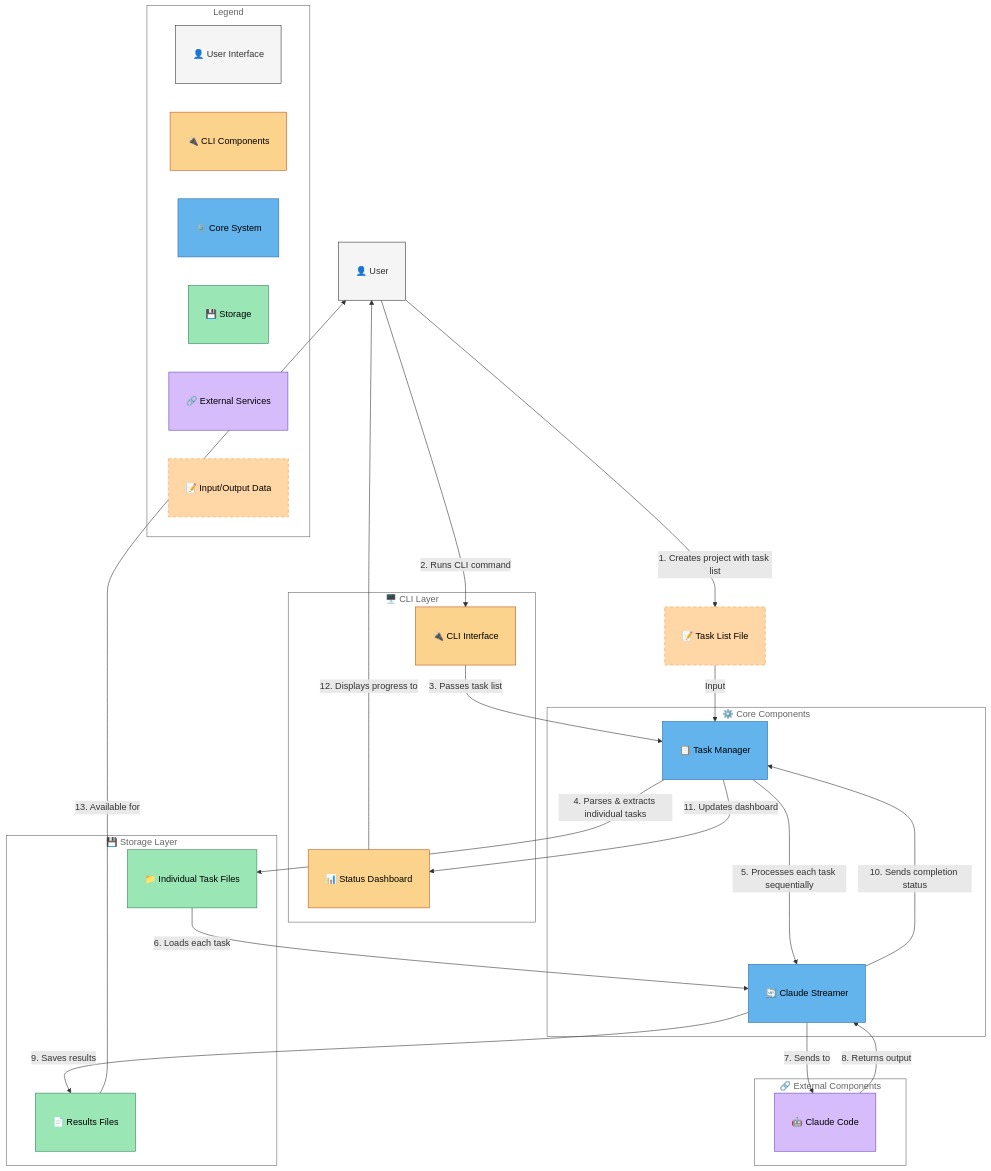
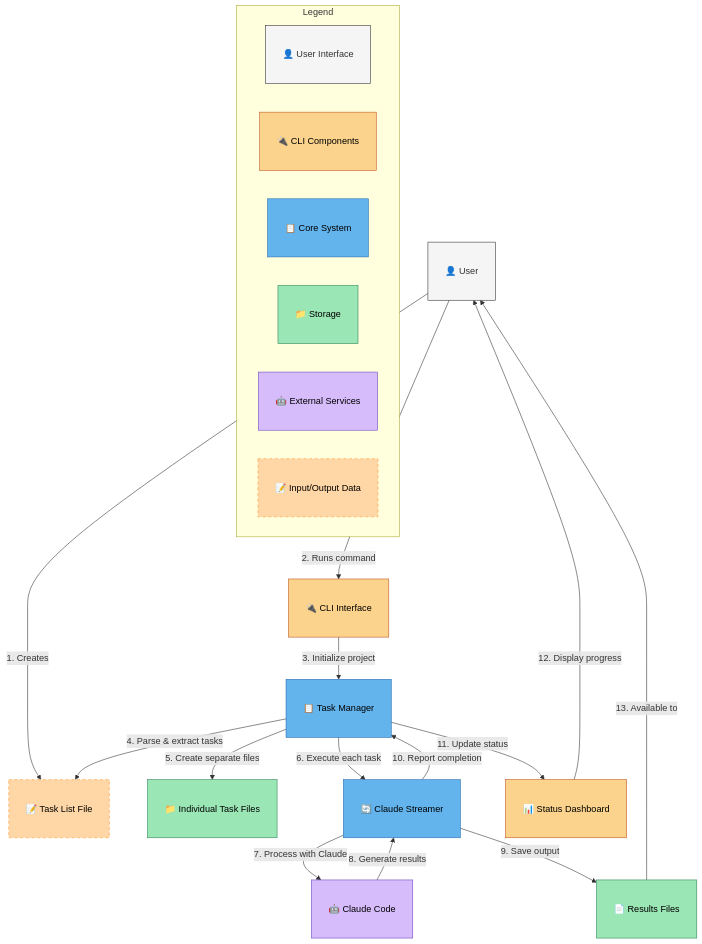
One commit to rzp-labs/claude-task-runner changed the diagram in README.md. Above: the diagram before and after it, drawn with Mermaid. The commit also changed 3 other files, not shown here.

````diff
--- a/README.md
+++ b/README.md
@@ -31,68 +31,46 @@
 ```mermaid
-flowchart TD
-    %% Define nodes with better contrast for light/dark modes - grouped by function
+flowchart TB
+    %% Define node styles
     classDef userNode fill:#f5f5f5,stroke:#333,color:#333,margin:15px
     classDef interfaceNode fill:#FBD38D,stroke:#C05621,color:#000,margin:15px
     classDef coreNode fill:#63B3ED,stroke:#2B6CB0,color:#000,margin:15px
     classDef storageNode fill:#9AE6B4,stroke:#2F855A,color:#000,margin:15px
     classDef externalNode fill:#D6BCFA,stroke:#6B46C1,color:#000,margin:15px
-    classDef containerNode fill:transparent,stroke:#666,color:#666
-    classDef legendNode fill:transparent,stroke:transparent,color:#666
     classDef dataNode fill:#FFD6A5,stroke:#FF9A3C,color:#000,margin:15px,stroke-dasharray: 5 5
-
-    %% Main components with emojis and extra padding using non-breaking spaces
-    User["👤   User   "]:::userNode
-    TaskListFile["📝   Task List File   "]:::dataNode
     
-    subgraph CLI["🖥️  CLI Layer  "]
-        CLI_Interface["🔌   CLI Interface   "]:::interfaceNode
-        Status_Dashboard["📊   Status Dashboard   "]:::interfaceNode
+    %% Main user journey flow - simple and clear
+    User["👤 User"]:::userNode
+    TaskList["📝 Task List File"]:::dataNode
+    CLI["🔌 CLI Interface"]:::interfaceNode
+    TaskManager["📋 Task Manager"]:::coreNode
+    TaskFiles["📁 Individual Task Files"]:::storageNode
+    ClaudeStreamer["🔄 Claude Streamer"]:::coreNode
+    ClaudeCode["🤖 Claude Code"]:::externalNode
+    ResultsFiles["📄 Results Files"]:::storageNode
+    Dashboard["📊 Status Dashboard"]:::interfaceNode
+    
+    %% The linear journey
+    User -->|"1. Creates"| TaskList
+    User -->|"2. Runs command"| CLI
+    CLI -->|"3. Initialize project"| TaskManager
+    TaskManager -->|"4. Parse & extract tasks"| TaskList
+    TaskManager -->|"5. Create separate files"| TaskFiles
+    TaskManager -->|"6. Execute each task"| ClaudeStreamer
+    ClaudeStreamer -->|"7. Process with Claude"| ClaudeCode
+    ClaudeCode -->|"8. Generate results"| ClaudeStreamer
+    ClaudeStreamer -->|"9. Save output"| ResultsFiles
+    ClaudeStreamer -->|"10. Report completion"| TaskManager
+    TaskManager -->|"11. Update status"| Dashboard
+    Dashboard -->|"12. Display progress"| User
+    ResultsFiles -->|"13. Available to"| User
+    
+    %% Add a simple legend
+    subgraph Legend["Legend"]
+        UserLegend["👤 User Interface"]:::userNode
+        InterfaceLegend["🔌 CLI Components"]:::interfaceNode
+        CoreLegend["📋 Core System"]:::coreNode
+        StorageLegend["📁 Storage"]:::storageNode
+        ExternalLegend["🤖 External Services"]:::externalNode
+        DataLegend["📝 Input/Output Data"]:::dataNode
     end
-    
-    subgraph Core["⚙️  Core Components  "]
-        Task_Manager["📋   Task Manager   "]:::coreNode
-        Claude_Streamer["🔄   Claude Streamer   "]:::coreNode
-    end
-    
-    subgraph Storage["💾  Storage Layer  "]
-        Task_Files["📁   Individual Task Files   "]:::storageNode
-        Results_Files["📄   Results Files   "]:::storageNode
-    end
-    
-    subgraph External["🔗  External Components  "]
-        Claude_Code["🤖   Claude Code   "]:::externalNode
-    end
-    
-    %% User journey flow - more detailed, sequential steps
-    User -->|"1. Creates project with task list"| TaskListFile
-    User -->|"2. Runs CLI command"| CLI_Interface
-    CLI_Interface -->|"3. Passes task list"| Task_Manager
-    TaskListFile -->|"Input"| Task_Manager
-    
-    %% Task processing flow
-    Task_Manager -->|"4. Parses & extracts individual tasks"| Task_Files
-    Task_Manager -->|"5. Processes each task sequentially"| Claude_Streamer
-    Task_Files -->|"6. Loads each task"| Claude_Streamer
-    Claude_Streamer -->|"7. Sends to"| Claude_Code
-    Claude_Code -->|"8. Returns output"| Claude_Streamer
-    Claude_Streamer -->|"9. Saves results"| Results_Files
-    
-    %% Status updates
-    Claude_Streamer -->|"10. Sends completion status"| Task_Manager
-    Task_Manager -->|"11. Updates dashboard"| Status_Dashboard
-    Status_Dashboard -->|"12. Displays progress to"| User
-    Results_Files -->|"13. Available for"| User
-    
-    %% Add Legend with extra padding
-    subgraph Legend["Legend"]
-        User_Legend["👤   User Interface   "]:::userNode
-        Interface_Legend["🔌   CLI Components   "]:::interfaceNode
-        Core_Legend["⚙️   Core System   "]:::coreNode
-        Storage_Legend["💾   Storage   "]:::storageNode
-        External_Legend["🔗   External Services   "]:::externalNode
-        Data_Legend["📝   Input/Output Data   "]:::dataNode
-    end
-    
-    %% Apply container styling
-    class CLI,Core,Storage,External,Legend containerNode
 ```
````
